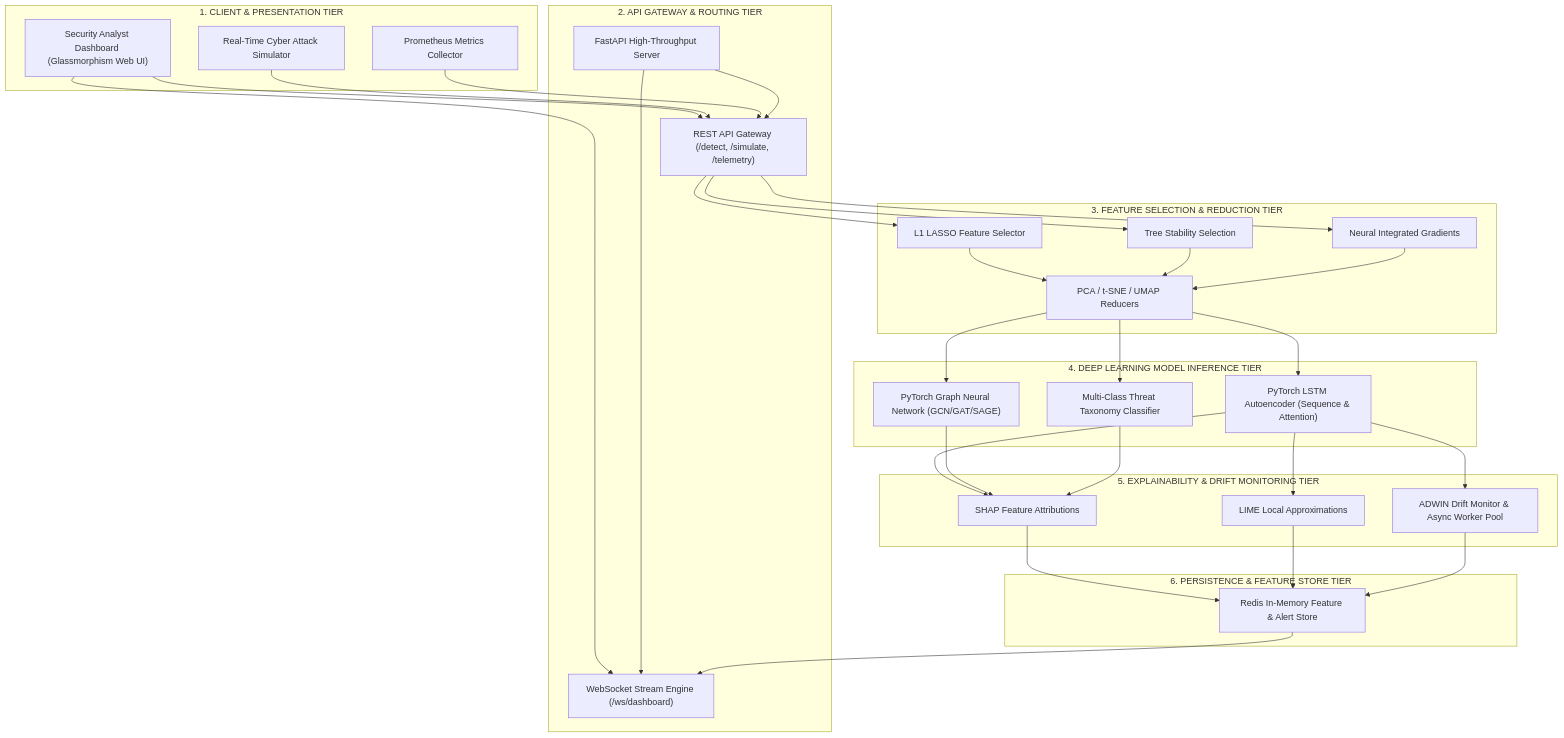
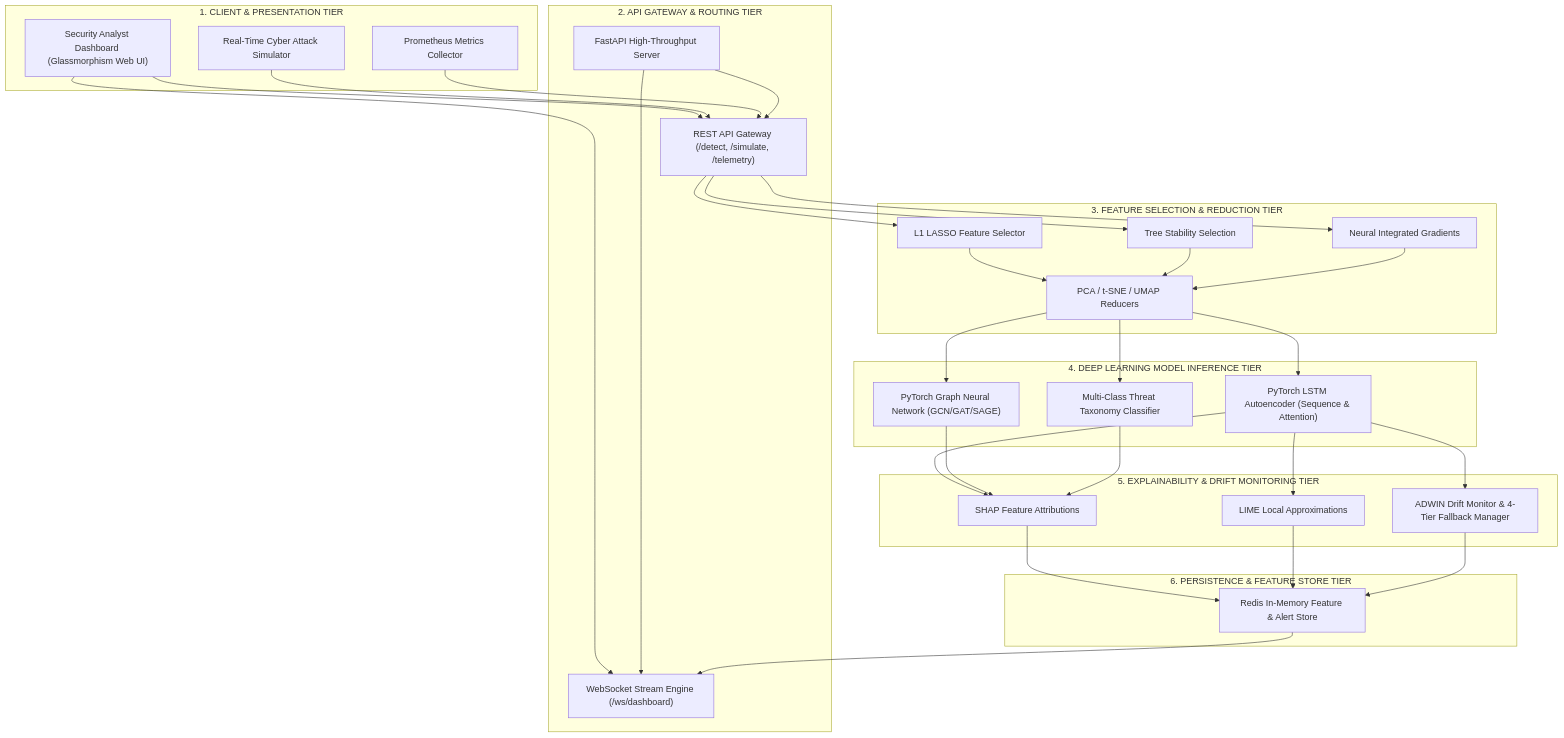
One commit to gaur-avvv/Al-Powered-Behavioral-Anomaly-Detection changed the diagram in README.md. Above: the diagram before and after it, drawn with Mermaid. The commit also changed other lines of this file and 8 other files, not shown here.

Commit message:
feat: implement 4-tier fallback architecture, stateful sequence tracker with Haversine velocity, architecture PNG diagrams, and updated README

````diff
--- a/README.md
+++ b/README.md
@@ -146,68 +230,68 @@
 ```mermaid
 graph TD
     subgraph Tier1["1. CLIENT & PRESENTATION TIER"]
         UI["Security Analyst Dashboard (Glassmorphism Web UI)"]
         Sim["Real-Time Cyber Attack Simulator"]
         MetricsUI["Prometheus Metrics Collector"]
     end
 
     subgraph Tier2["2. API GATEWAY & ROUTING TIER"]
         FastAPI["FastAPI High-Throughput Server"]
         REST["REST API Gateway (/detect, /simulate, /telemetry)"]
         WS["WebSocket Stream Engine (/ws/dashboard)"]
     end
 
     subgraph Tier3["3. FEATURE SELECTION & REDUCTION TIER"]
         L1["L1 LASSO Feature Selector"]
         TreeSel["Tree Stability Selection"]
         IG["Neural Integrated Gradients"]
         DimRed["PCA / t-SNE / UMAP Reducers"]
     end
 
     subgraph Tier4["4. DEEP LEARNING MODEL INFERENCE TIER"]
         LSTM["PyTorch LSTM Autoencoder (Sequence & Attention)"]
         GNN["PyTorch Graph Neural Network (GCN/GAT/SAGE)"]
         Classifier["Multi-Class Threat Taxonomy Classifier"]
     end
 
     subgraph Tier5["5. EXPLAINABILITY & DRIFT MONITORING TIER"]
         SHAP["SHAP Feature Attributions"]
         LIME["LIME Local Approximations"]
-        Retrainer["ADWIN Drift Monitor & Async Worker Pool"]
+        Retrainer["ADWIN Drift Monitor & 4-Tier Fallback Manager"]
     end
 
     subgraph Tier6["6. PERSISTENCE & FEATURE STORE TIER"]
         Redis["Redis In-Memory Feature & Alert Store"]
     end
 
     UI --> REST
     UI --> WS
     Sim --> REST
     MetricsUI --> REST
 
     FastAPI --> REST
     FastAPI --> WS
 
     REST --> L1
     REST --> TreeSel
     REST --> IG
 
     L1 --> DimRed
     TreeSel --> DimRed
     IG --> DimRed
 
     DimRed --> LSTM
     DimRed --> GNN
     DimRed --> Classifier
 
     LSTM --> SHAP
     LSTM --> LIME
     GNN --> SHAP
     Classifier --> SHAP
     LSTM --> Retrainer
 
     SHAP --> Redis
     LIME --> Redis
     Retrainer --> Redis
     Redis --> WS
 ```
````
